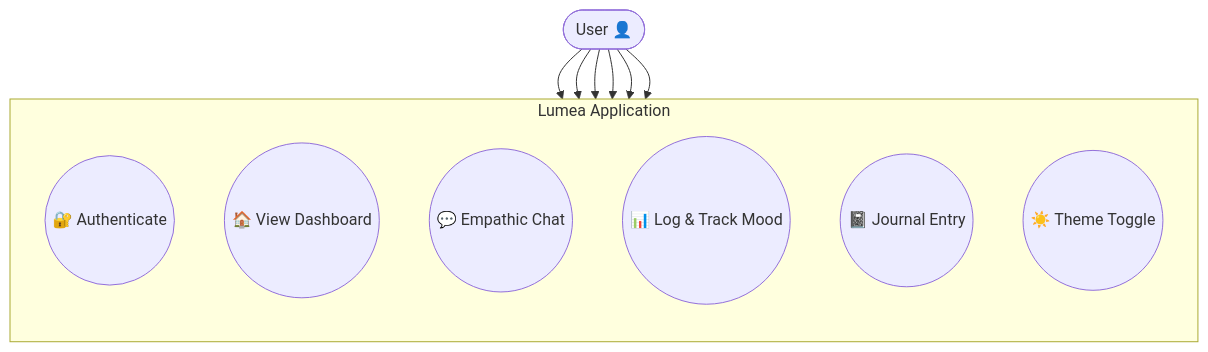
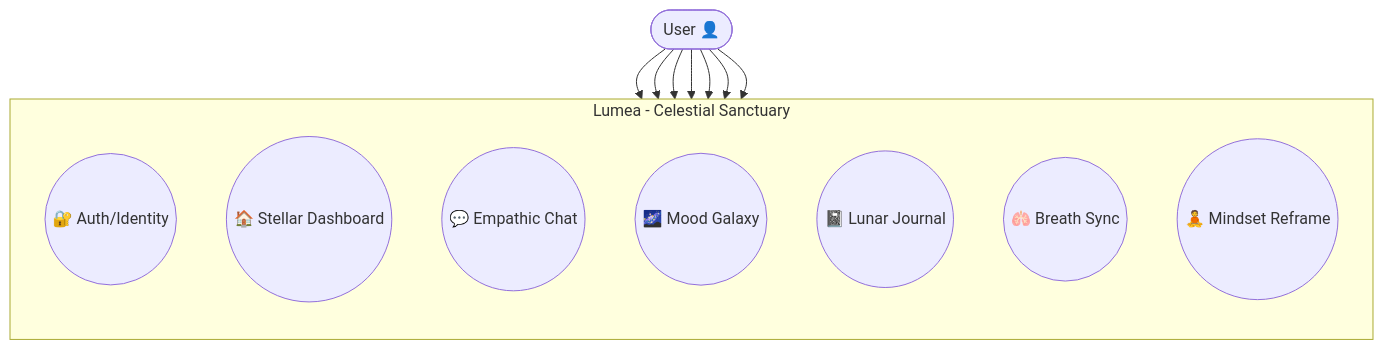
Before and after one commit to Bhargav-Kiku/Lumea-v0.3: the first of 3 diagrams in ARCHITECTURE.md, drawn with Mermaid. The commit also changed other lines of this file and 70 other files, not shown here.

````diff
--- a/ARCHITECTURE.md
+++ b/ARCHITECTURE.md
@@ -10,21 +10,23 @@
 ```mermaid
 flowchart TD
     User([User 👤])
     
-    subgraph Lumea_App [Lumea Application]
+    subgraph Lumea_App [Lumea - Celestial Sanctuary]
         direction TB
-        UC1((🔐 Authenticate))
-        UC2((🏠 View Dashboard))
+        UC1((🔐 Auth/Identity))
+        UC2((🏠 Stellar Dashboard))
         UC3((💬 Empathic Chat))
-        UC4((📊 Log & Track Mood))
-        UC5((📓 Journal Entry))
-        UC6((☀️ Theme Toggle))
+        UC4((🌌 Mood Galaxy))
+        UC5((📓 Lunar Journal))
+        UC6((🫁 Breath Sync))
+        UC7((🧘 Mindset Reframe))
     end
     
     User --> UC1
     User --> UC2
     User --> UC3
     User --> UC4
     User --> UC5
     User --> UC6
+    User --> UC7
 ```
````
